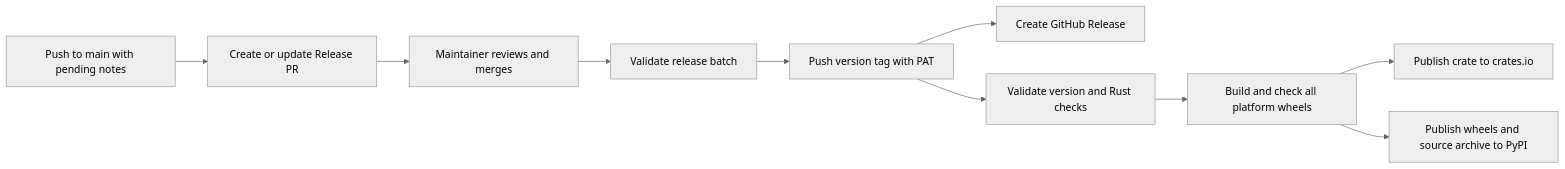
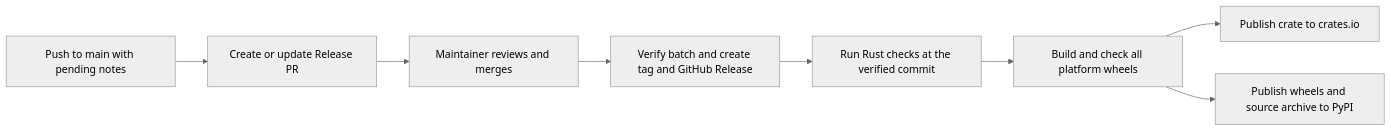
One commit to narumiruna/brachio changed the diagram in docs/publishing.md. Above: the diagram before and after it, drawn with Mermaid (neutral theme). The commit also changed other lines of this file and 7 other files, not shown here.

````diff
--- a/docs/publishing.md
+++ b/docs/publishing.md
@@ -127,12 +137,10 @@
 ```mermaid
 flowchart LR
     Main[Push to main with pending notes] --> PR[Create or update Release PR]
     PR --> Merge[Maintainer reviews and merges]
-    Merge --> Batch[Validate release batch]
-    Batch --> Tag[Push version tag with PAT]
-    Tag --> GitHub[Create GitHub Release]
-    Tag --> Validate[Validate version and Rust checks]
+    Merge --> GitHub[Verify batch and create tag and GitHub Release]
+    GitHub --> Validate[Run Rust checks at the verified commit]
     Validate --> Wheels[Build and check all platform wheels]
     Wheels --> Crates[Publish crate to crates.io]
     Wheels --> PyPI[Publish wheels and source archive to PyPI]
 ```
````
